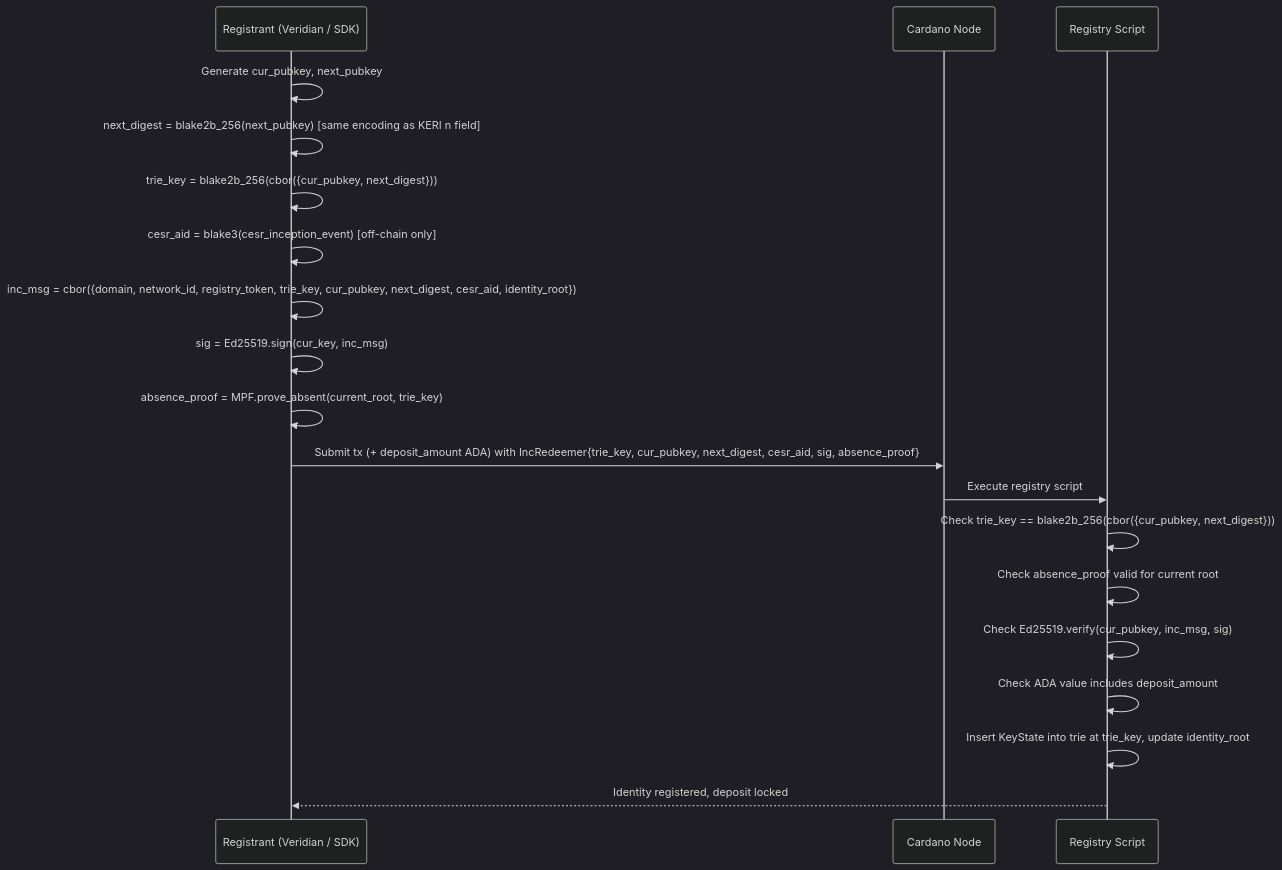
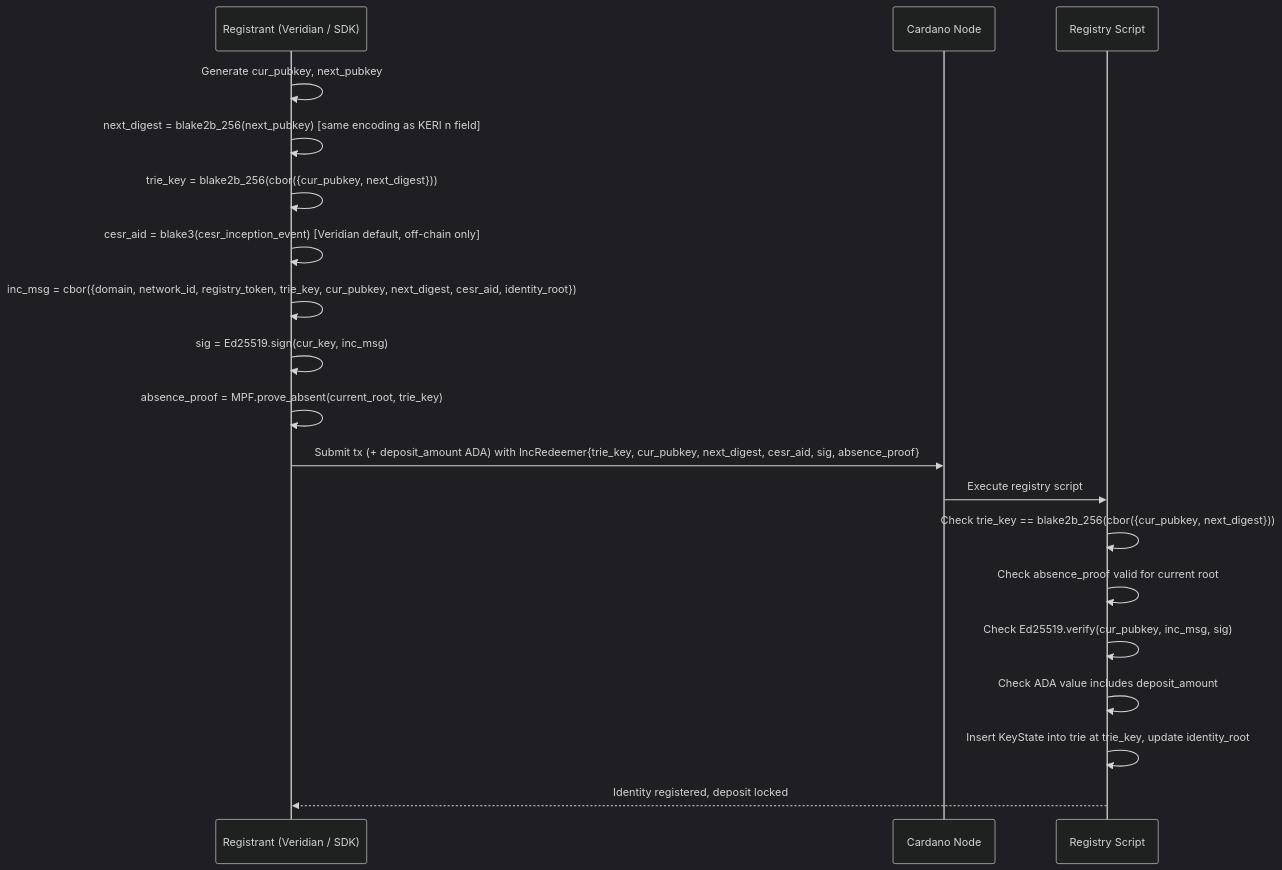
The first of 2 diagrams in docs/architecture/identity-ops.md (lambdasistemi/cardano-keri), drawn with Mermaid (dark theme) before and after one commit. The commit also changed 4 other files, not shown here.

Commit message:
fix: Blake3 AID derivation is Veridian's choice, not a KERI protocol requirement

````diff
--- a/docs/architecture/identity-ops.md
+++ b/docs/architecture/identity-ops.md
@@ -71,22 +71,22 @@
 ```mermaid
 sequenceDiagram
     participant R as Registrant (Veridian / SDK)
     participant N as Cardano Node
     participant S as Registry Script
 
     R->>R: Generate cur_pubkey, next_pubkey
     R->>R: next_digest = blake2b_256(next_pubkey) [same encoding as KERI n field]
     R->>R: trie_key = blake2b_256(cbor({cur_pubkey, next_digest}))
-    R->>R: cesr_aid = blake3(cesr_inception_event) [off-chain only]
+    R->>R: cesr_aid = blake3(cesr_inception_event) [Veridian default, off-chain only]
     R->>R: inc_msg = cbor({domain, network_id, registry_token, trie_key, cur_pubkey, next_digest, cesr_aid, identity_root})
     R->>R: sig = Ed25519.sign(cur_key, inc_msg)
     R->>R: absence_proof = MPF.prove_absent(current_root, trie_key)
     R->>N: Submit tx (+ deposit_amount ADA) with IncRedeemer{trie_key, cur_pubkey, next_digest, cesr_aid, sig, absence_proof}
     N->>S: Execute registry script
     S->>S: Check trie_key == blake2b_256(cbor({cur_pubkey, next_digest}))
     S->>S: Check absence_proof valid for current root
     S->>S: Check Ed25519.verify(cur_pubkey, inc_msg, sig)
     S->>S: Check ADA value includes deposit_amount
     S->>S: Insert KeyState into trie at trie_key, update identity_root
     S-->>R: Identity registered, deposit locked
 ```
````
